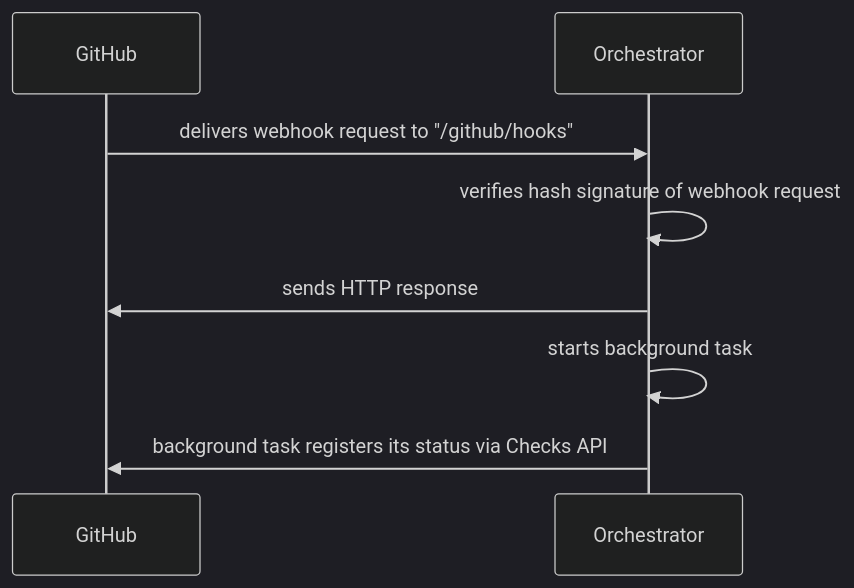
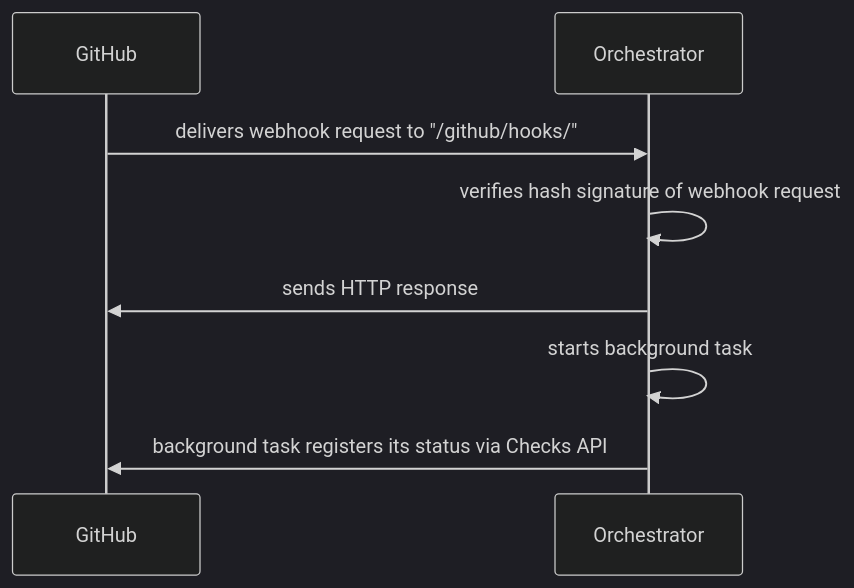
Before and after one commit to pangeo-forge/pangeo-forge-orchestrator: the diagram in docs/github_app.md, drawn with Mermaid (dark theme). The commit also changed other lines of this file and 1 other file, not shown here.

````diff
--- a/docs/github_app.md
+++ b/docs/github_app.md
@@ -61,11 +118,11 @@
 ```mermaid
 sequenceDiagram
     participant GitHub
     participant Orchestrator
-    GitHub->>Orchestrator:delivers webhook request to "/github/hooks"
+    GitHub->>Orchestrator:delivers webhook request to "/github/hooks/"
     Orchestrator->>Orchestrator:verifies hash signature of webhook request
     Orchestrator->>GitHub:sends HTTP response
     Orchestrator->>Orchestrator:starts background task
     Orchestrator->>GitHub:background task registers its status via Checks API
 
 ```
````
